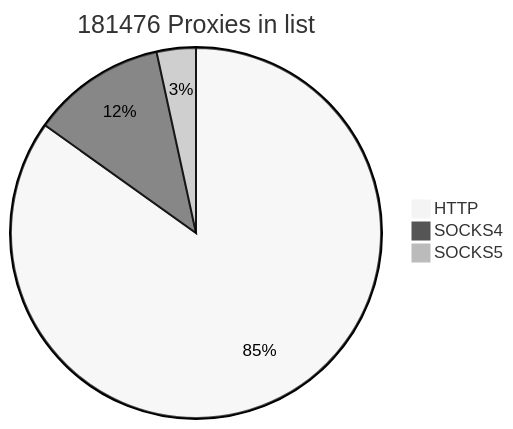
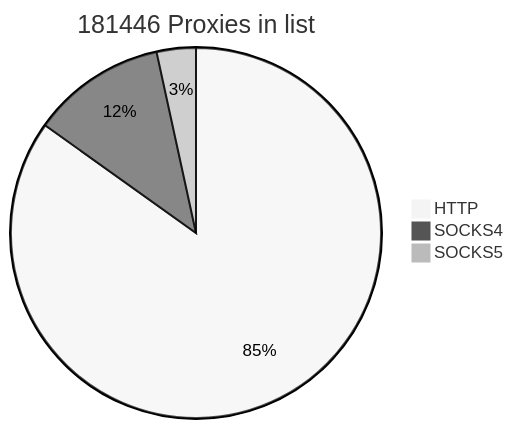
Before and after one commit to cutipu/proxylist: the first of 2 diagrams in README.md, drawn with Mermaid (neutral theme). The commit also changed other lines of this file, not shown here.

````diff
--- a/README.md
+++ b/README.md
@@ -2,7 +2,7 @@
 ```mermaid
-pie title 181476 Proxies in list
-    "HTTP" : 154017
-    "SOCKS4" : 21257
-    "SOCKS5" : 6202
+pie title 181446 Proxies in list
+    "HTTP" : 153991
+    "SOCKS4" : 21255
+    "SOCKS5" : 6200
             
 ```
````
